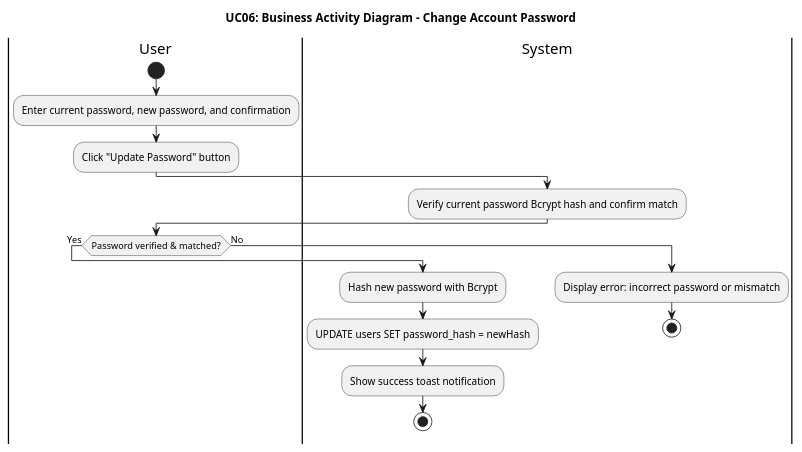
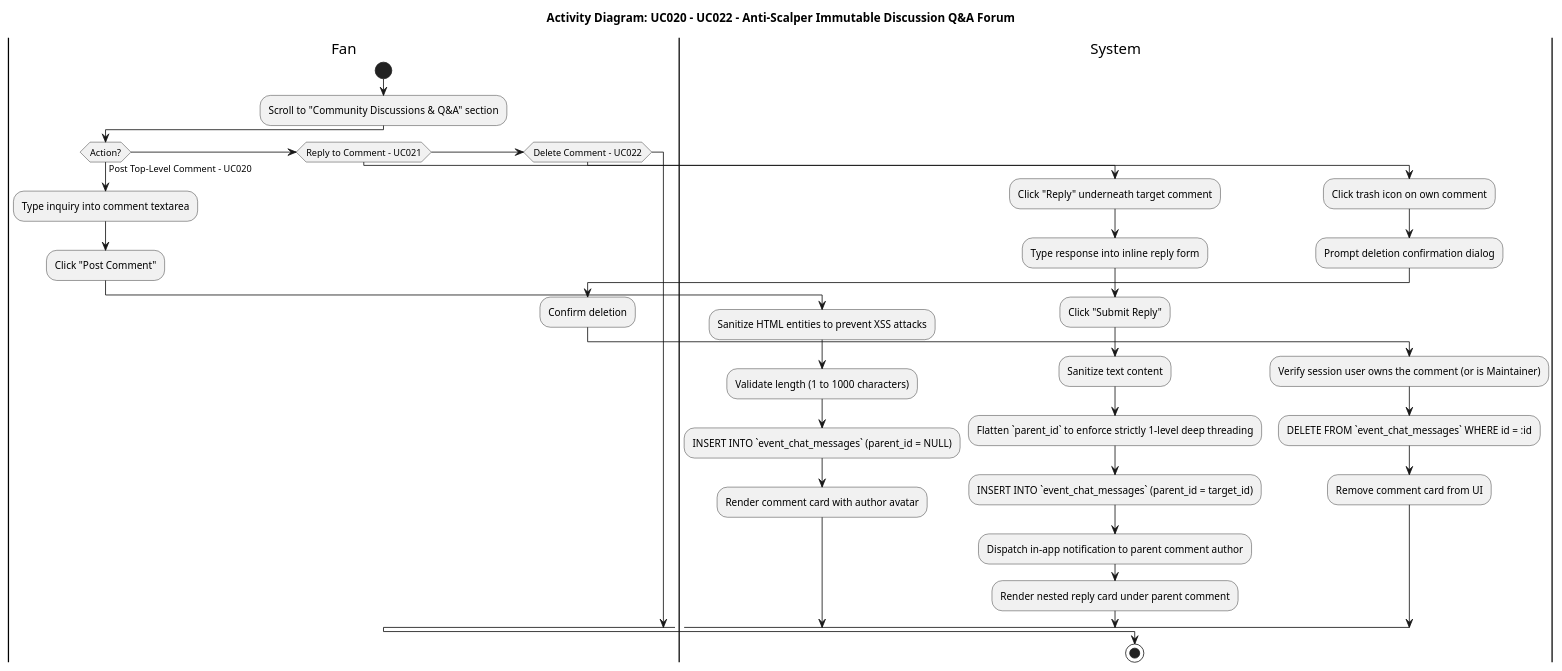
One commit to ammarsyaathir/ksync changed the fifth of 7 diagrams in docs/KSync_Business_Activity_Diagrams_All.puml. Above: the diagram before and after it, drawn with PlantUML. The commit also changed other lines of this file and 12 other files, not shown here.

Commit message:
feat(redesign): complete system architecture redesign with Impeccable design system tokens, 42 use cases, PlantUML diagrams, 14-table ERD, and recompiled academic SRS deliverables

```diff
--- a/docs/KSync_Business_Activity_Diagrams_All.puml
+++ b/docs/KSync_Business_Activity_Diagrams_All.puml
@@ -147,27 +175,47 @@
-@startuml UC06_Activity
-skinparam monochrome true
-skinparam shadowing false
-skinparam defaultFontName Arial
-skinparam defaultTextAlignment center
+@startuml AD05_DiscussionForum
+title Activity Diagram: UC020 - UC022 - Anti-Scalper Immutable Discussion Q&A Forum
+skinparam defaultFontName "Outfit, Arial, sans-serif"
 
-title UC06: Business Activity Diagram - Change Account Password
+|Fan|
+start
+:Scroll to "Community Discussions & Q&A" section;
+if (Action?) then (Post Top-Level Comment - UC020)
+  :Type inquiry into comment textarea;
+  :Click "Post Comment";
+  |System|
+  :Sanitize HTML entities to prevent XSS attacks;
+  :Validate length (1 to 1000 characters);
+  :INSERT INTO `event_chat_messages` (parent_id = NULL);
+  :Render comment card with author avatar;
+else if (Reply to Comment - UC021)
+  :Click "Reply" underneath target comment;
+  :Type response into inline reply form;
+  :Click "Submit Reply";
+  |System|
+  :Sanitize text content;
+  :Flatten `parent_id` to enforce strictly 1-level deep threading;
+  :INSERT INTO `event_chat_messages` (parent_id = target_id);
+  :Dispatch in-app notification to parent comment author;
+  :Render nested reply card under parent comment;
+else if (Delete Comment - UC022)
+  :Click trash icon on own comment;
+  |System|
+  :Prompt deletion confirmation dialog;
+  |Fan|
+  :Confirm deletion;
+  |System|
+  :Verify session user owns the comment (or is Maintainer);
+  :DELETE FROM `event_chat_messages` WHERE id = :id;
+  :Remove comment card from UI;
+endif
 
-|User|
-start
-:Enter current password, new password, and confirmation;
-:Click "Update Password" button;
 |System|
-:Verify current password Bcrypt hash and confirm match;
-|User|
-if (Password verified & matched?) then (Yes)
-  |System|
-  :Hash new password with Bcrypt;
-  :UPDATE users SET password_hash = newHash;
-  :Show success toast notification;
-  stop
-else (No)
-  |System|
-  :Display error: incorrect password or mismatch;
-  stop
-endif
+note right
+  **ANTI-SCALPER DIRECTIVE:**
+  Comment EDITING is strictly prohibited.
+  Prevent scalpers from posting innocent queries
+  and subsequently swapping text for unauthorized
+  ticketing links or illegal phone contacts.
+end note
+stop
 @enduml
```
